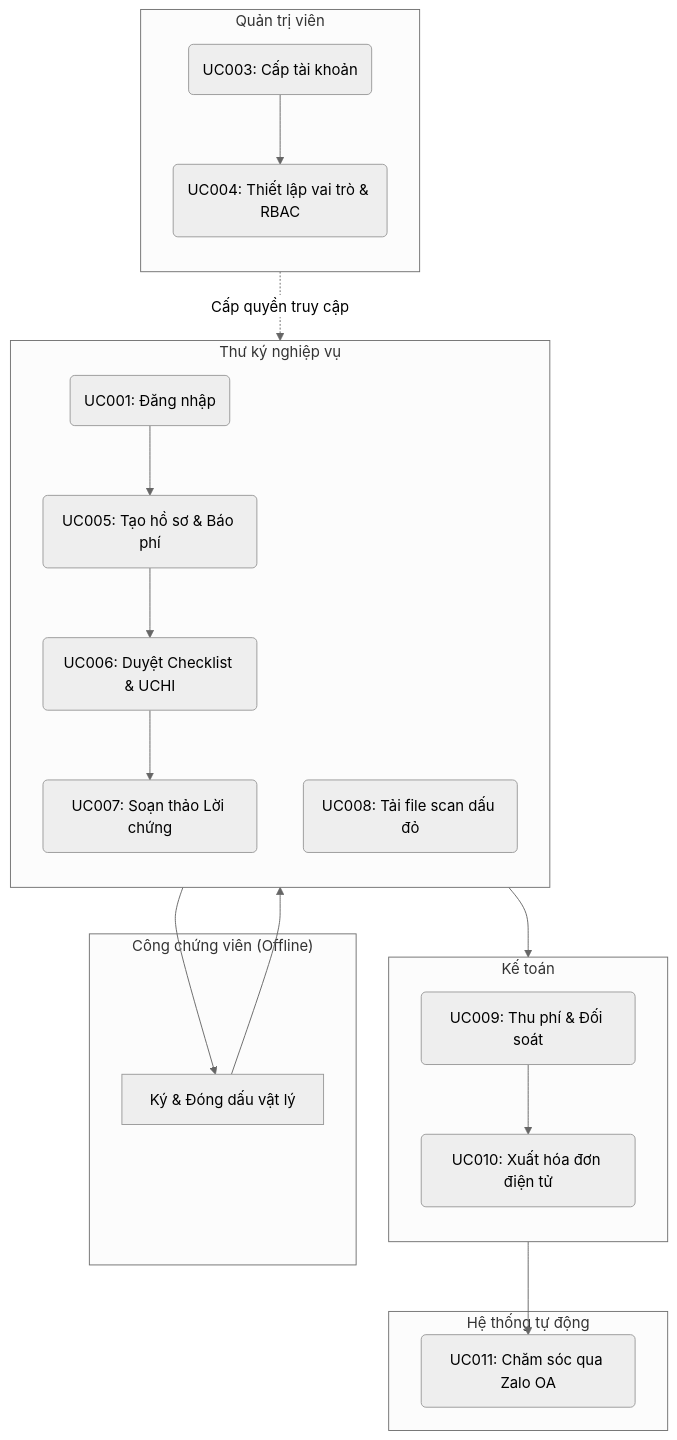
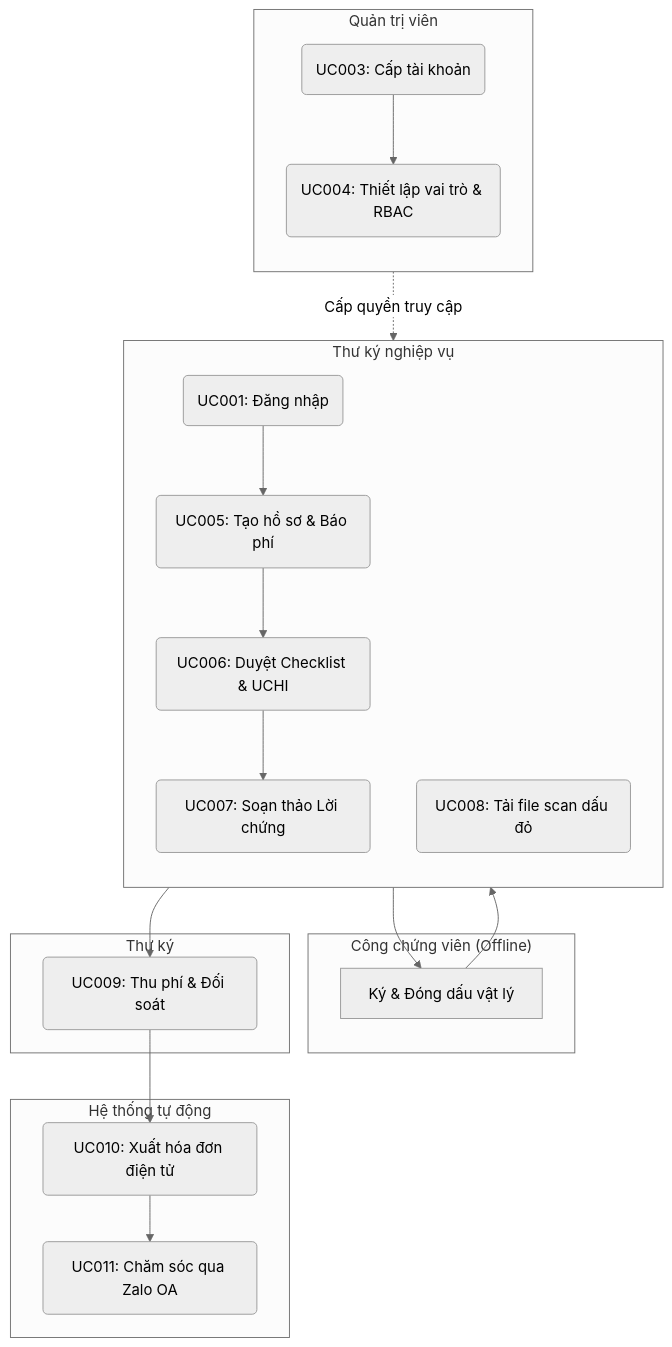
The first of 5 diagrams in docs/SRS_VPCC.md (MinhHoang22/SRS_VPCC), drawn with Mermaid (neutral theme) before and after one commit. The commit also changed other lines of this file, not shown here.

````diff
--- a/docs/SRS_VPCC.md
+++ b/docs/SRS_VPCC.md
@@ -170,40 +179,41 @@
 ```mermaid
 flowchart TD
     %% Admin Lane
     subgraph Admin_Lane ["Quản trị viên"]
         direction TB
         UC003("UC003: Cấp tài khoản") --> UC004("UC004: Thiết lập vai trò & RBAC")
     end
 
     %% Secretary Lane
     subgraph Sec_Lane ["Thư ký nghiệp vụ"]
         direction TB
         UC001("UC001: Đăng nhập") --> UC005("UC005: Tạo hồ sơ & Báo phí")
         UC005 --> UC006("UC006: Duyệt Checklist & UCHI")
         UC006 --> UC007("UC007: Soạn thảo Lời chứng")
         UC008("UC008: Tải file scan dấu đỏ")
     end
 
     %% Notary Officer Lane
     subgraph CCV_Lane ["Công chứng viên (Offline)"]
         UC_Sign["Ký & Đóng dấu vật lý"]
     end
 
-    %% Accountant Lane
-    subgraph Acc_Lane ["Kế toán"]
-        direction TB
-        UC009("UC009: Thu phí & Đối soát") --> UC010("UC010: Xuất hóa đơn điện tử")
+    %% Secretary Fee Collection
+    subgraph Acc_Lane ["Thư ký"]
+        UC009("UC009: Thu phí & Đối soát")
     end
 
     %% System Lane
     subgraph Sys_Lane ["Hệ thống tự động"]
+        UC010("UC010: Xuất hóa đơn điện tử")
         UC011("UC011: Chăm sóc qua Zalo OA")
     end
 
     %% Inter-Lane Flow Connections
     UC004 -.->|Cấp quyền truy cập| UC001
     UC007 --> UC_Sign
     UC_Sign --> UC008
     UC008 --> UC009
+    UC009 --> UC010
     UC010 --> UC011
 ```
````
